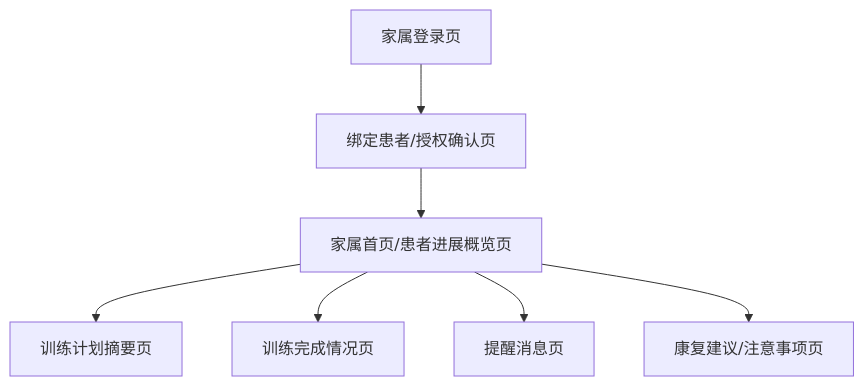
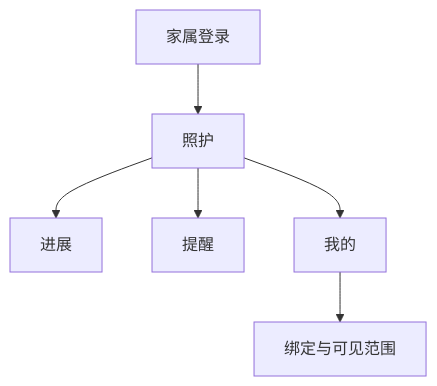
One commit to boyufan666/cuddly-octo-barnacle changed the third of 4 diagrams in docs/rehab-platform-role-flows-and-pages.md. Above: the diagram before and after it, drawn with Mermaid. The commit also changed other lines of this file and 599 other files, not shown here.

````diff
--- a/docs/rehab-platform-role-flows-and-pages.md
+++ b/docs/rehab-platform-role-flows-and-pages.md
@@ -197,9 +190,8 @@
 ```mermaid
 flowchart TD
-    A["家属登录页"] --> B["绑定患者/授权确认页"]
-    B --> C["家属首页/患者进展概览页"]
-    C --> D["训练计划摘要页"]
-    C --> E["训练完成情况页"]
-    C --> F["提醒消息页"]
-    C --> G["康复建议/注意事项页"]
+    A["家属登录"] --> B["照护"]
+    B --> C["进展"]
+    B --> D["提醒"]
+    B --> E["我的"]
+    E --> F["绑定与可见范围"]
 ```
````
